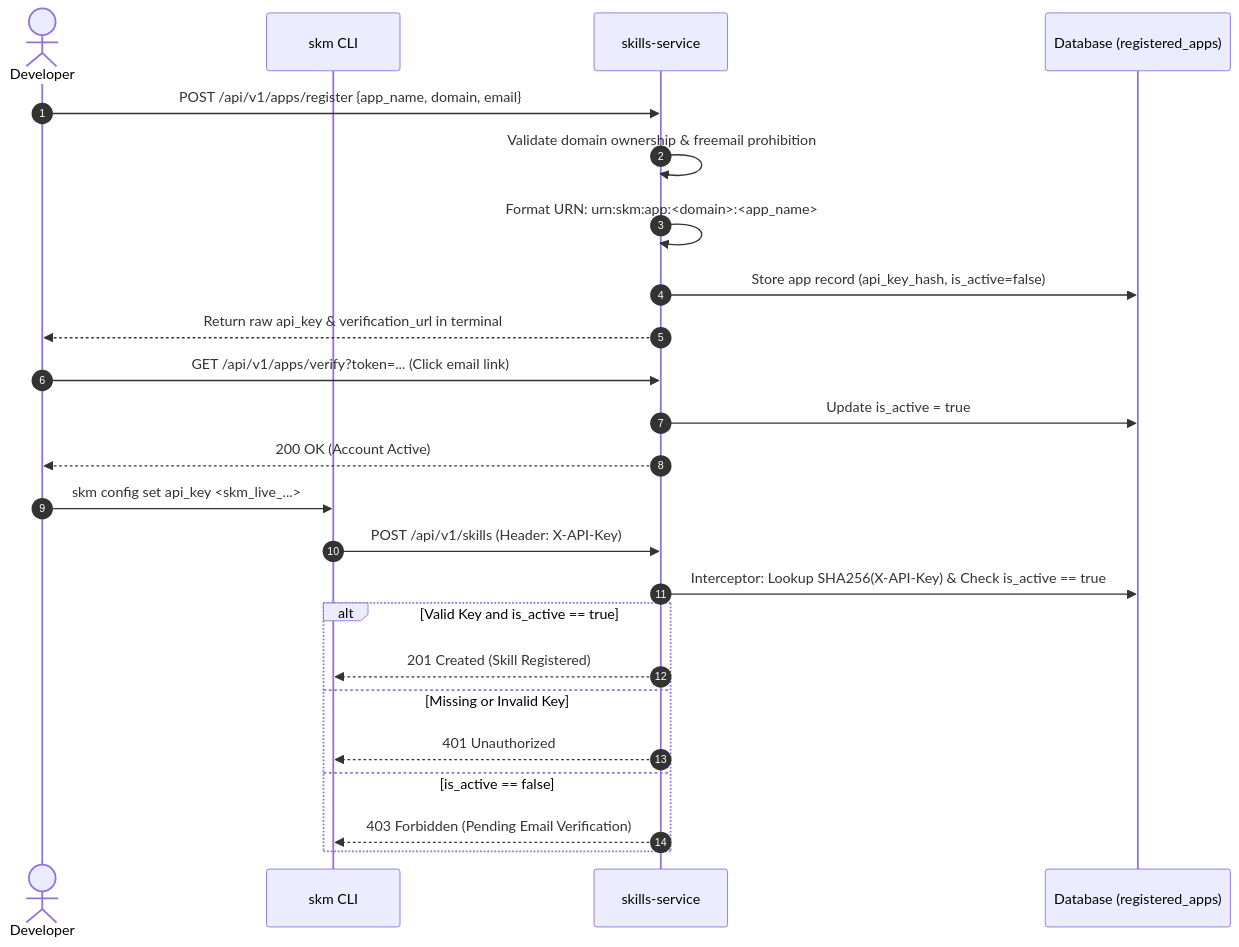
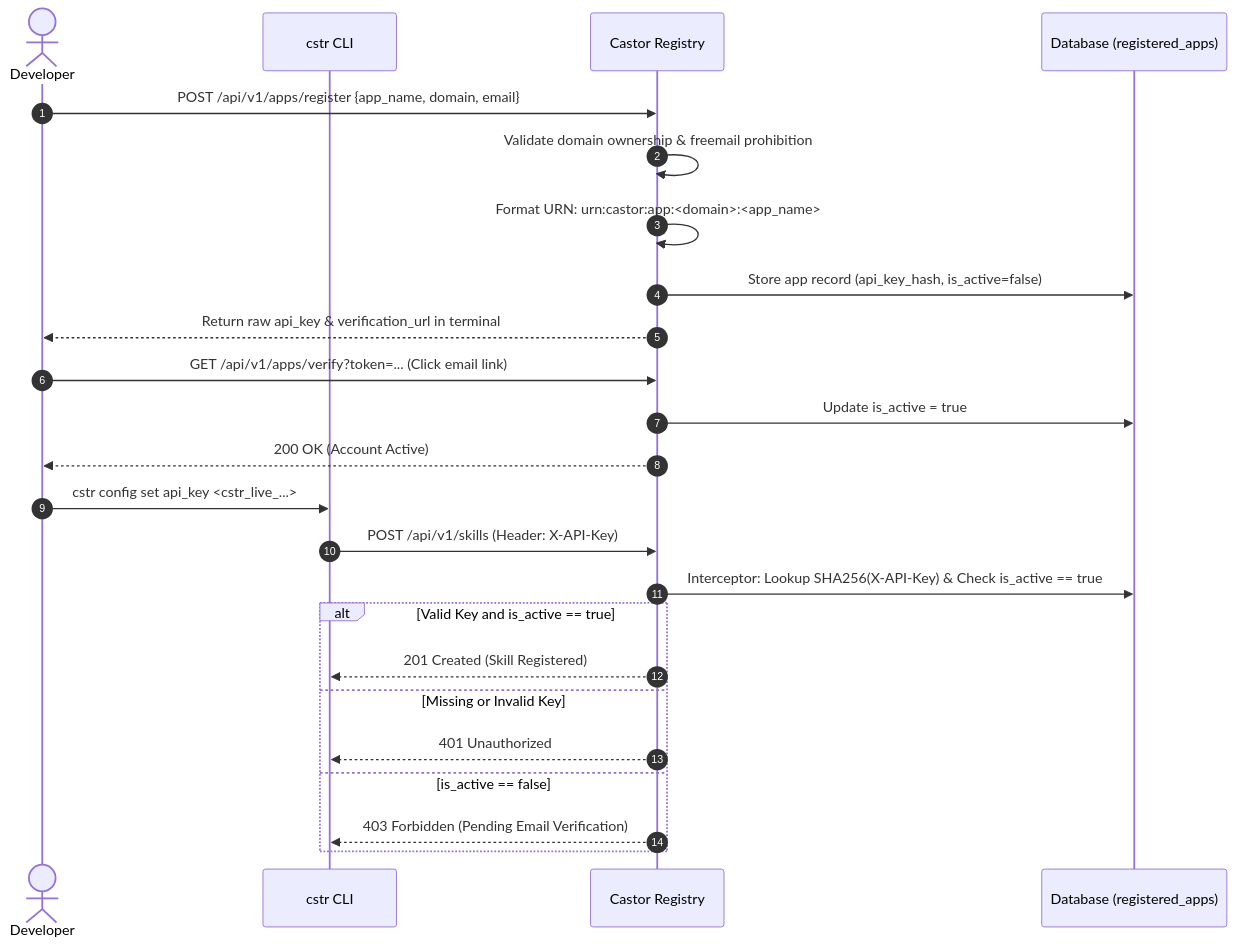
Before and after one commit to retail-cortex/skills: the first of 2 diagrams in docs/content/cli/app_registration.md, drawn with Mermaid. The commit also changed other lines of this file and 90 other files, not shown here.

Commit message:
Refactor to Castor brand name for all products.

````diff
--- a/docs/content/cli/app_registration.md
+++ b/docs/content/cli/app_registration.md
@@ -121,29 +121,29 @@
 ```mermaid
 sequenceDiagram
     autonumber
     actor Dev as Developer
-    participant CLI as skm CLI
-    participant Server as skills-service
+    participant CLI as cstr CLI
+    participant Server as Castor Registry
     participant DB as Database (registered_apps)
 
     Dev->>Server: POST /api/v1/apps/register {app_name, domain, email}
     Server->>Server: Validate domain ownership & freemail prohibition
-    Server->>Server: Format URN: urn:skm:app:<domain>:<app_name>
+    Server->>Server: Format URN: urn:castor:app:<domain>:<app_name>
     Server->>DB: Store app record (api_key_hash, is_active=false)
     Server-->>Dev: Return raw api_key & verification_url in terminal
 
     Dev->>Server: GET /api/v1/apps/verify?token=... (Click email link)
     Server->>DB: Update is_active = true
     Server-->>Dev: 200 OK (Account Active)
 
-    Dev->>CLI: skm config set api_key <skm_live_...>
+    Dev->>CLI: cstr config set api_key <cstr_live_...>
     CLI->>Server: POST /api/v1/skills (Header: X-API-Key)
     Server->>DB: Interceptor: Lookup SHA256(X-API-Key) & Check is_active == true
     alt Valid Key and is_active == true
         Server-->>CLI: 201 Created (Skill Registered)
     else Missing or Invalid Key
         Server-->>CLI: 401 Unauthorized
     else is_active == false
         Server-->>CLI: 403 Forbidden (Pending Email Verification)
     end
 ```
````
